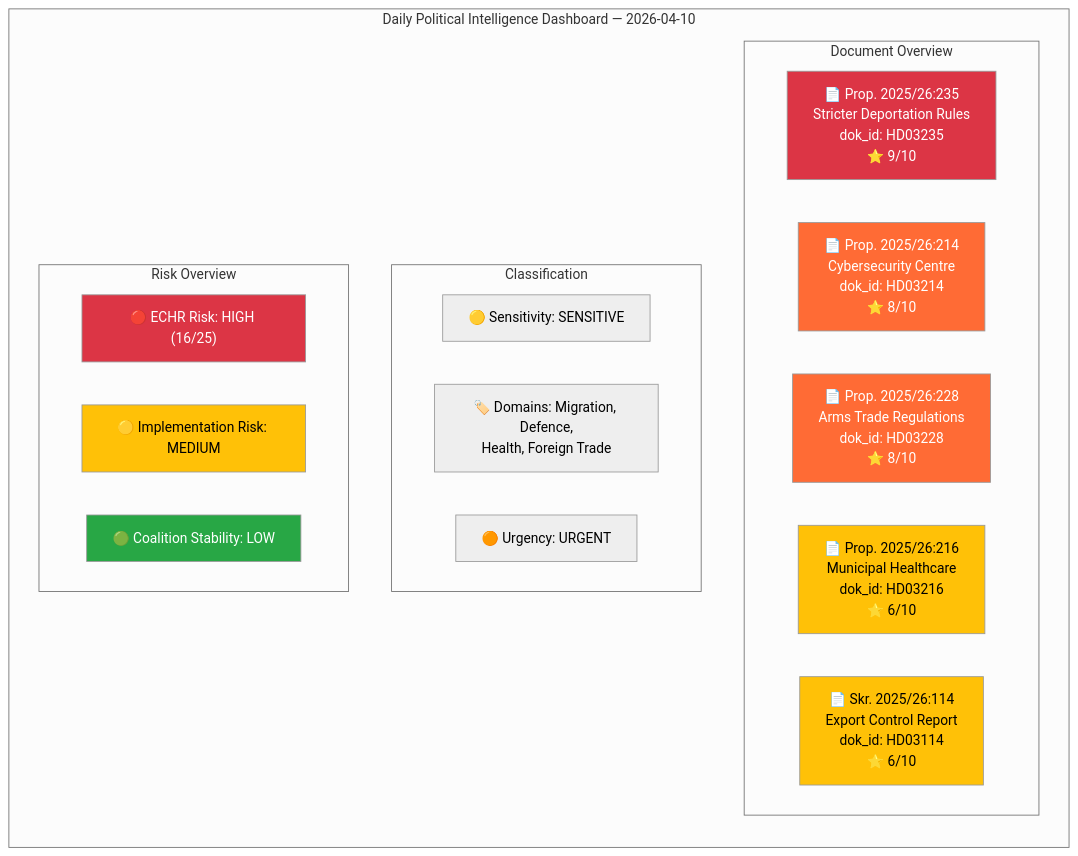
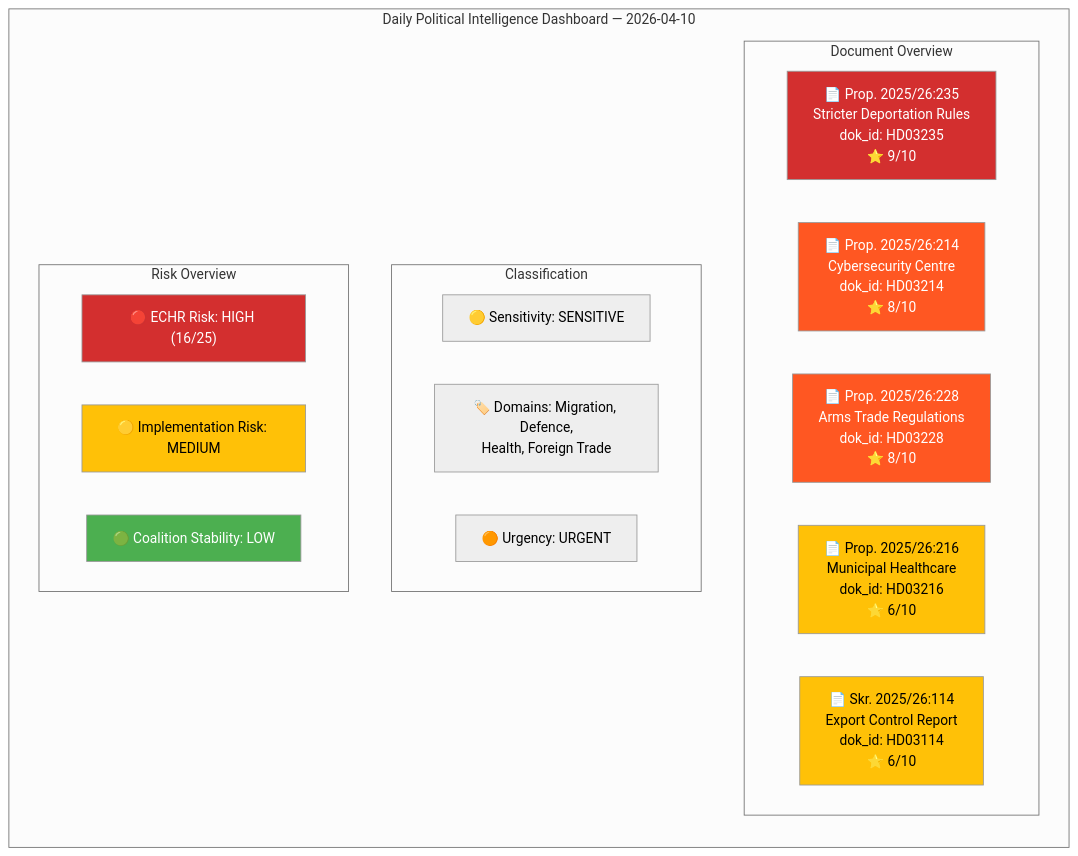
One commit to Hack23/riksdagsmonitor changed the diagram in analysis/daily/2026-04-10/propositions/synthesis-summary.md. Above: the diagram before and after it, drawn with Mermaid (neutral theme). The commit also changed 785 other files, not shown here.

First line of the commit message:
Normalize mermaid colors across 786 analysis artifacts to ISMS Style Guide palette

````diff
--- a/analysis/daily/2026-04-10/propositions/synthesis-summary.md
+++ b/analysis/daily/2026-04-10/propositions/synthesis-summary.md
@@ -16,31 +16,31 @@
 ```mermaid
 graph TD
     subgraph "Daily Political Intelligence Dashboard — 2026-04-10"
         direction TB
         subgraph "Document Overview"
             D1["📄 Prop. 2025/26:235<br/>Stricter Deportation Rules<br/>dok_id: HD03235<br/>⭐ 9/10"]
             D2["📄 Prop. 2025/26:214<br/>Cybersecurity Centre<br/>dok_id: HD03214<br/>⭐ 8/10"]
             D3["📄 Prop. 2025/26:228<br/>Arms Trade Regulations<br/>dok_id: HD03228<br/>⭐ 8/10"]
             D4["📄 Prop. 2025/26:216<br/>Municipal Healthcare<br/>dok_id: HD03216<br/>⭐ 6/10"]
             D5["📄 Skr. 2025/26:114<br/>Export Control Report<br/>dok_id: HD03114<br/>⭐ 6/10"]
         end
         subgraph "Classification"
             C1["🟡 Sensitivity: SENSITIVE"]
             C2["🏷️ Domains: Migration, Defence,<br/>Health, Foreign Trade"]
             C3["🟠 Urgency: URGENT"]
         end
         subgraph "Risk Overview"
             R1["🔴 ECHR Risk: HIGH (16/25)"]
             R2["🟡 Implementation Risk: MEDIUM"]
             R3["🟢 Coalition Stability: LOW"]
         end
     end
-    style D1 fill:#dc3545,color:#fff
-    style D2 fill:#ff6b35,color:#fff
-    style D3 fill:#ff6b35,color:#fff
-    style D4 fill:#ffc107,color:#000
-    style D5 fill:#ffc107,color:#000
-    style R1 fill:#dc3545,color:#fff
-    style R2 fill:#ffc107,color:#000
-    style R3 fill:#28a745,color:#fff
+    style D1 fill:#D32F2F,color:#FFFFFF
+    style D2 fill:#FF5722,color:#FFFFFF
+    style D3 fill:#FF5722,color:#FFFFFF
+    style D4 fill:#FFC107,color:#000000
+    style D5 fill:#FFC107,color:#000000
+    style R1 fill:#D32F2F,color:#FFFFFF
+    style R2 fill:#FFC107,color:#000000
+    style R3 fill:#4CAF50,color:#FFFFFF
 ```
````
